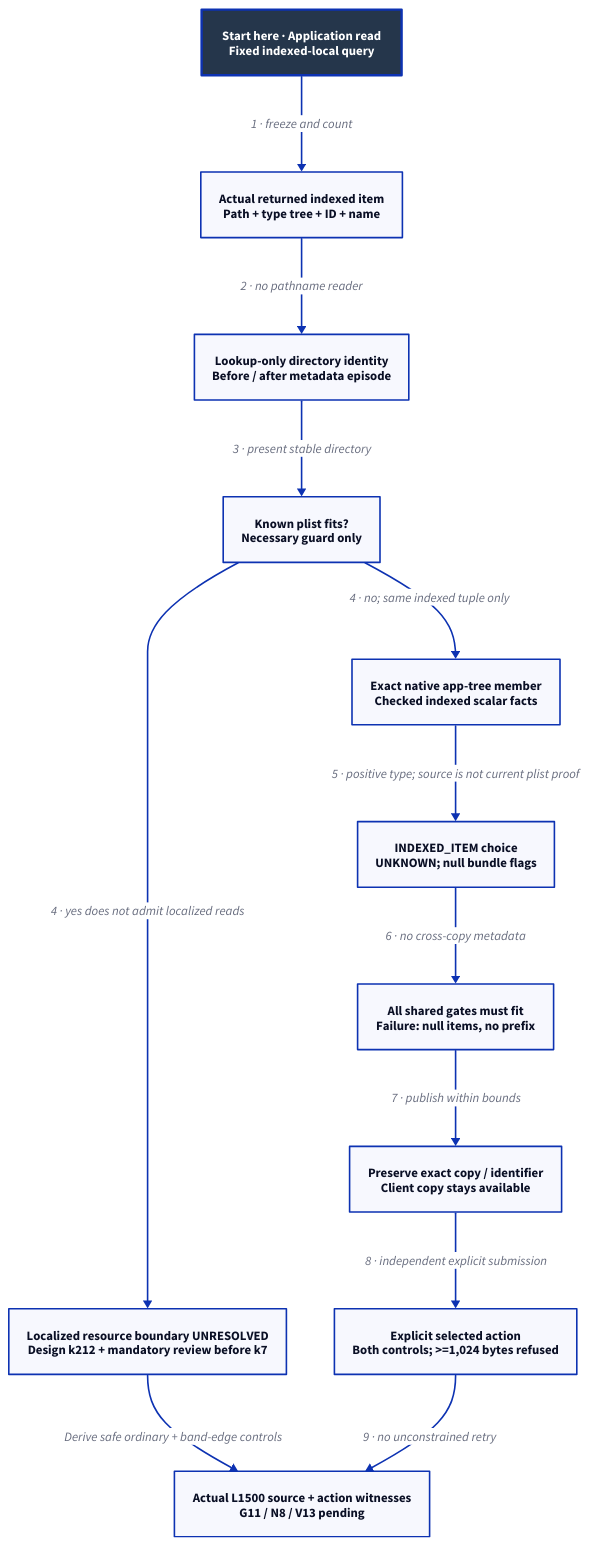
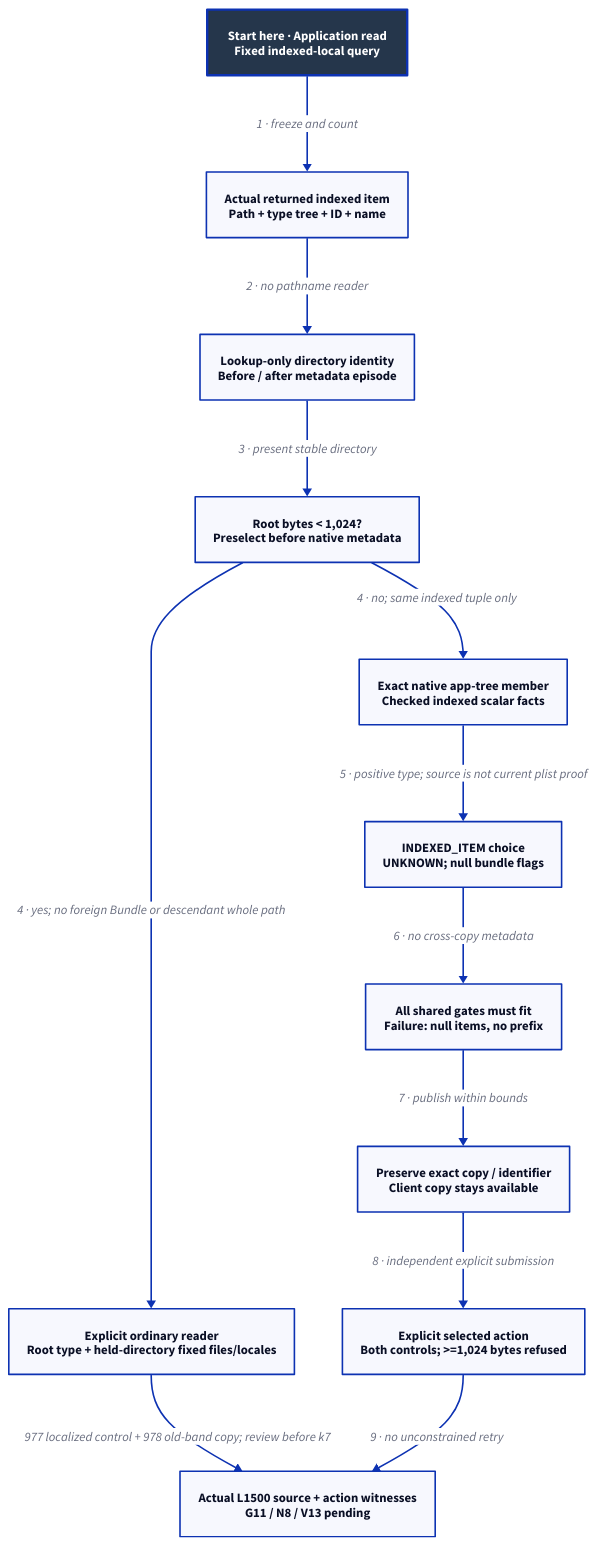
One commit to Linkuistics/Koine changed the diagram in docs/design/architecture/native-long-applications.d2. Above: the diagram before and after it, drawn with D2. The commit also changed 115 other files, not shown here.

Commit message:
Design explicit localized application metadata reads (application-localized-metadata-k212)

```diff
--- a/docs/design/architecture/native-long-applications.d2
+++ b/docs/design/architecture/native-long-applications.d2
@@ -1,27 +1,27 @@
 # Component/activity view of indexed long metadata; design only, native pending.
 direction: down
 classes: {
   start: {style: {fill: "#25364B"; font-color: "#FFFFFF"; bold: true; stroke-width: 3}}
 }
 Start: "Start here · Application read\nFixed indexed-local query" {class: start}
 Item: "Actual returned indexed item\nPath + type tree + ID + name"
 Identity: "Lookup-only directory identity\nBefore / after metadata episode"
-Boundary: "Known plist fits?\nNecessary guard only"
-Short: "Localized resource boundary UNRESOLVED\nDesign k212 + mandatory review before k7"
+Boundary: "Root bytes < 1,024?\nPreselect before native metadata"
+Short: "Explicit ordinary reader\nRoot type + held-directory fixed files/locales"
 Long: "Exact native app-tree member\nChecked indexed scalar facts"
 Unknown: "INDEXED_ITEM choice\nUNKNOWN; null bundle flags"
 Limits: "All shared gates must fit\nFailure: null items, no prefix"
 Client: "Preserve exact copy / identifier\nClient copy stays available"
 Action: "Explicit selected action\nBoth controls; >=1,024 bytes refused"
 Qualify: "Actual L1500 source + action witnesses\nG11 / N8 / V13 pending"
 Start -> Item: "1 · freeze and count"
 Item -> Identity: "2 · no pathname reader"
 Identity -> Boundary: "3 · present stable directory"
-Boundary -> Short: "4 · yes does not admit localized reads"
+Boundary -> Short: "4 · yes; no foreign Bundle or descendant whole path"
 Boundary -> Long: "4 · no; same indexed tuple only"
 Long -> Unknown: "5 · positive type; source is not current plist proof"
-Short -> Qualify: "Derive safe ordinary + band-edge controls"
+Short -> Qualify: "977 localized control + 978 old-band copy; review before k7"
 Unknown -> Limits: "6 · no cross-copy metadata"
 Limits -> Client: "7 · publish within bounds"
 Client -> Action: "8 · independent explicit submission"
 Action -> Qualify: "9 · no unconstrained retry"
```
